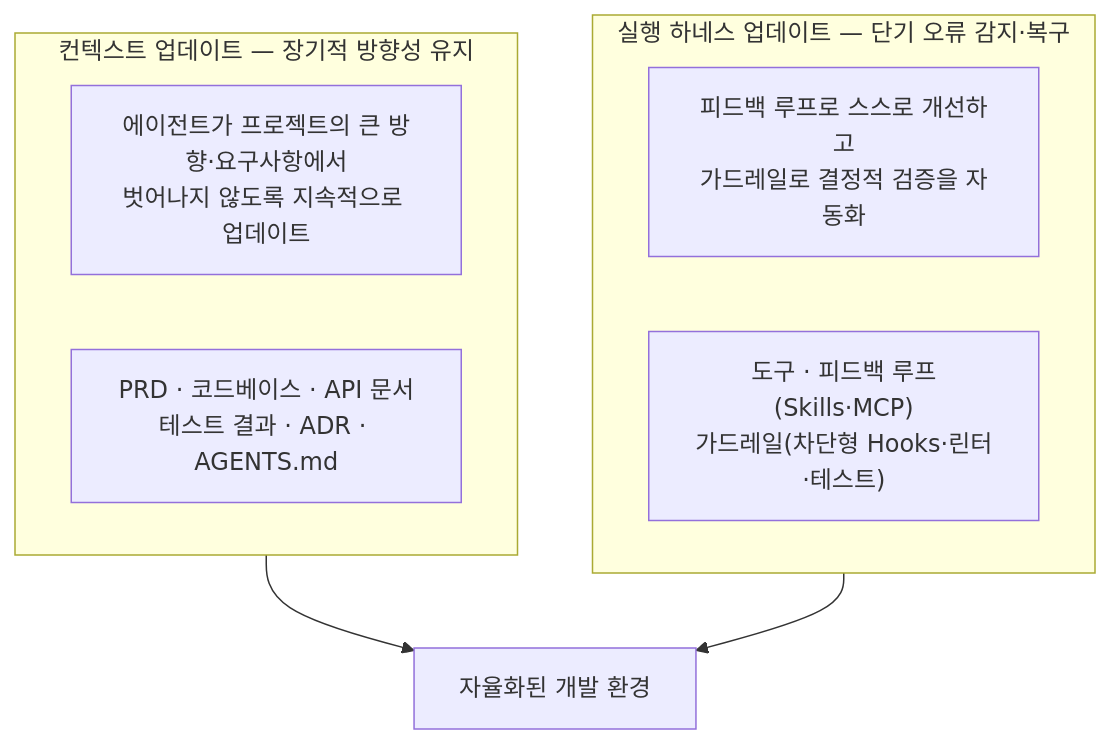
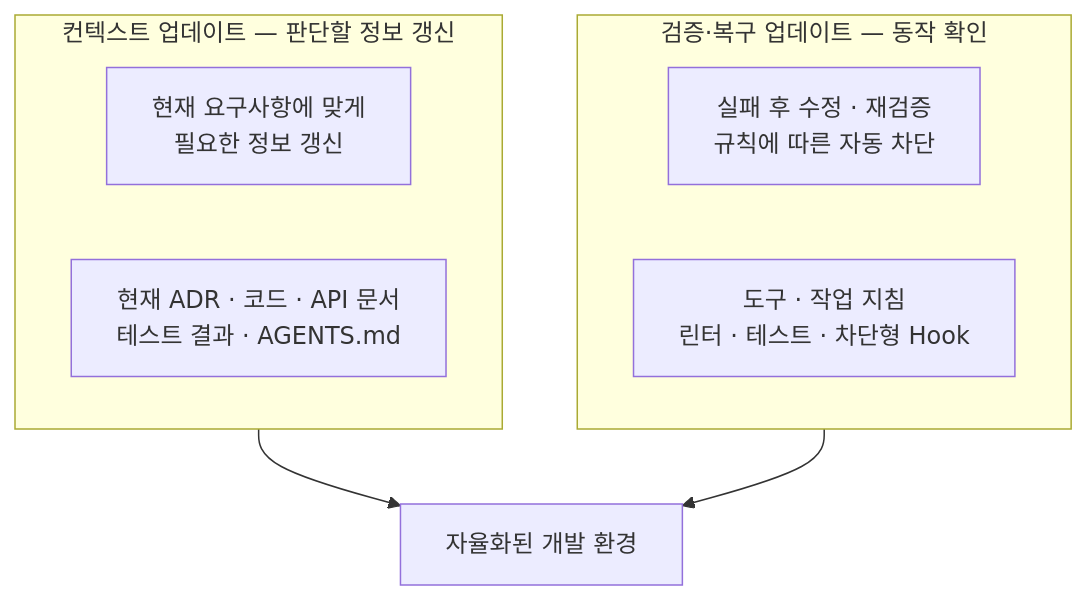
One commit to haandol/haandol.github.com changed the ninth of 9 diagrams in _posts/2026-06-16-harness-engineering-in-practice.md. Above: the diagram before and after it, drawn with Mermaid. The commit also changed other lines of this file and 36 other files, not shown here.

````diff
--- a/_posts/2026-06-16-harness-engineering-in-practice.md
+++ b/_posts/2026-06-16-harness-engineering-in-practice.md
@@ -432,13 +428,13 @@
 ```mermaid
 flowchart TB
-    subgraph CTX["컨텍스트 업데이트 — 장기적 방향성 유지"]
-        C1["에이전트가 프로젝트의 큰 방향·요구사항에서<br/>벗어나지 않도록 지속적으로 업데이트"]
-        C2["PRD · 코드베이스 · API 문서<br/>테스트 결과 · ADR · AGENTS.md"]
+    subgraph CTX["컨텍스트 업데이트 — 판단할 정보 갱신"]
+        C1["현재 요구사항에 맞게<br/>필요한 정보 갱신"]
+        C2["현재 ADR · 코드 · API 문서<br/>테스트 결과 · AGENTS.md"]
     end
-    subgraph HRN["실행 하네스 업데이트 — 단기 오류 감지·복구"]
-        H1["피드백 루프로 스스로 개선하고<br/>가드레일로 결정적 검증을 자동화"]
-        H2["도구 · 피드백 루프(Skills·MCP)<br/>가드레일(차단형 Hooks·린터·테스트)"]
+    subgraph HRN["검증·복구 업데이트 — 동작 확인"]
+        H1["실패 후 수정 · 재검증<br/>규칙에 따른 자동 차단"]
+        H2["도구 · 작업 지침<br/>린터 · 테스트 · 차단형 Hook"]
     end
     CTX --> ALL["자율화된 개발 환경"]
     HRN --> ALL
 ```
````
